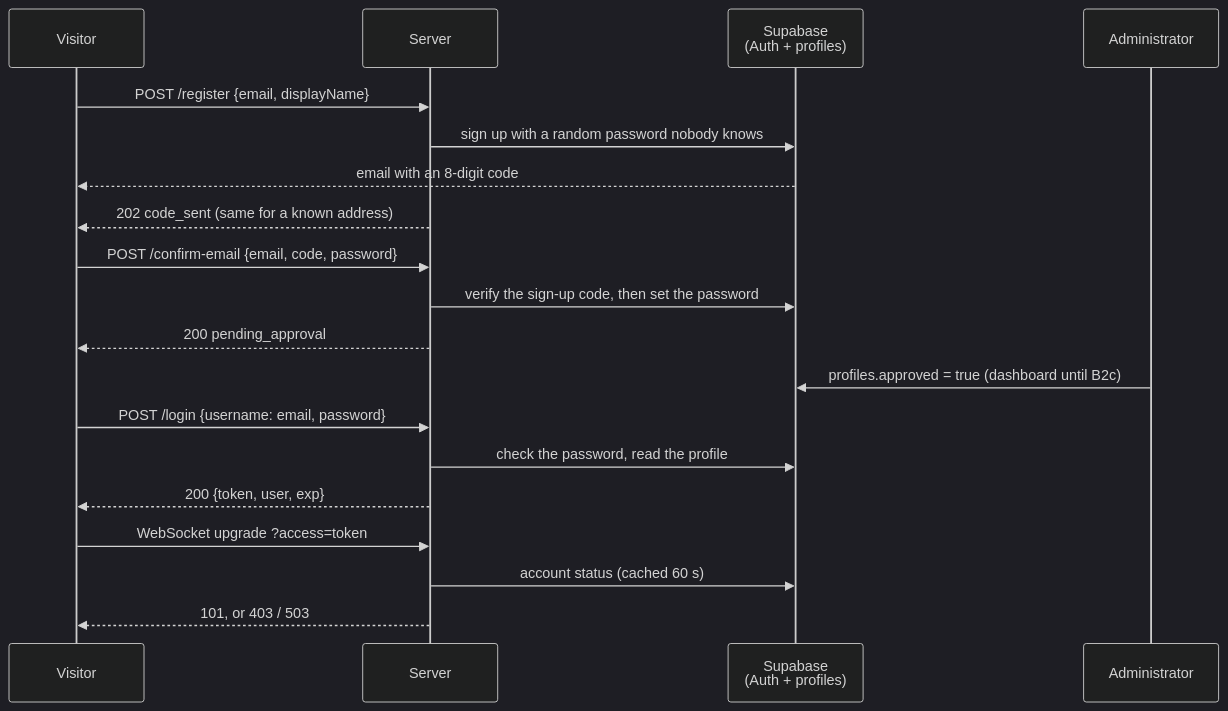
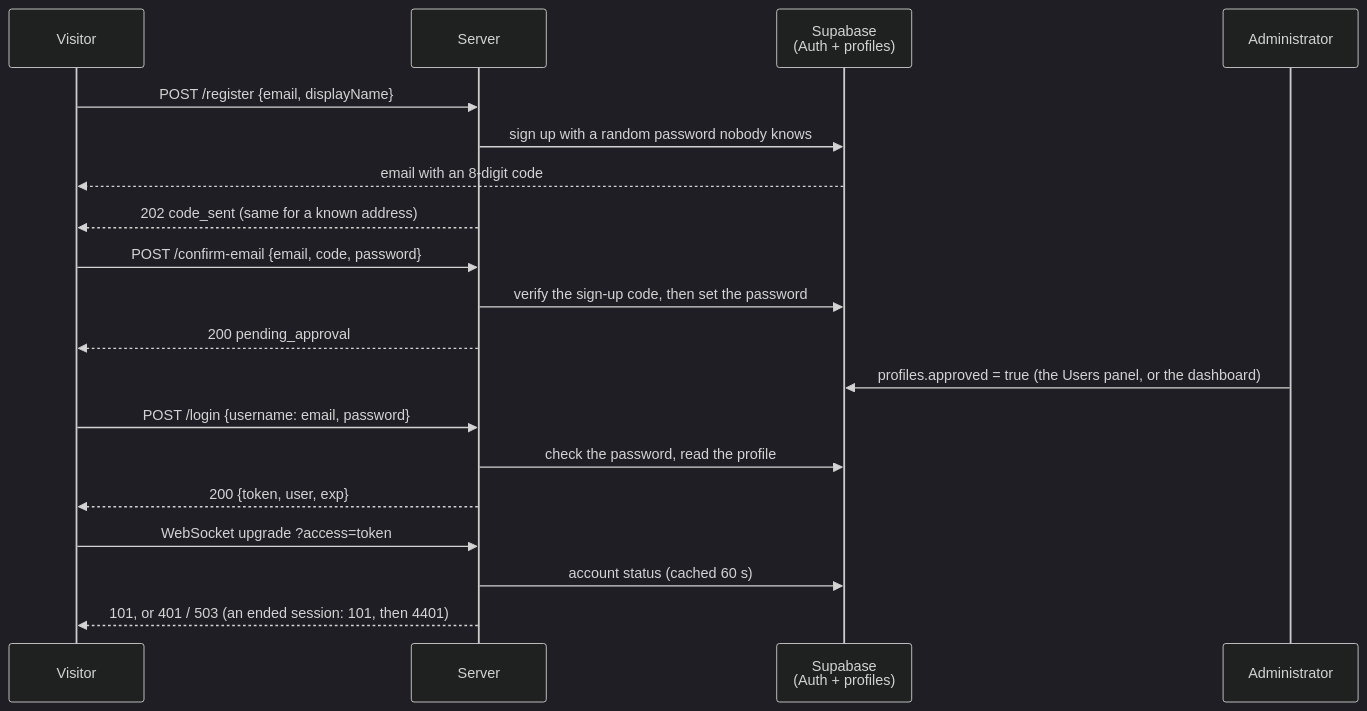
The second of 4 diagrams in docs/authentication.md (bettersoftware-io/ReactiveTraderCloudClone), drawn with Mermaid (dark theme) before and after one commit. The commit also changed other lines of this file and 10 other files, not shown here.

````diff
--- a/docs/authentication.md
+++ b/docs/authentication.md
@@ -486,22 +486,22 @@
 ```mermaid
 sequenceDiagram
     participant V as Visitor
     participant S as Server
     participant DB as Supabase<br/>(Auth + profiles)
     participant A as Administrator
 
     V->>S: POST /register {email, displayName}
     S->>DB: sign up with a random password nobody knows
     DB-->>V: email with an 8-digit code
     S-->>V: 202 code_sent (same for a known address)
     V->>S: POST /confirm-email {email, code, password}
     S->>DB: verify the sign-up code, then set the password
     S-->>V: 200 pending_approval
-    A->>DB: profiles.approved = true (dashboard until B2c)
+    A->>DB: profiles.approved = true (the Users panel, or the dashboard)
     V->>S: POST /login {username: email, password}
     S->>DB: check the password, read the profile
     S-->>V: 200 {token, user, exp}
     V->>S: WebSocket upgrade ?access=token
     S->>DB: account status (cached 60 s)
-    S-->>V: 101, or 403 / 503
+    S-->>V: 101, or 401 / 503 (an ended session: 101, then 4401)
 ```
````
